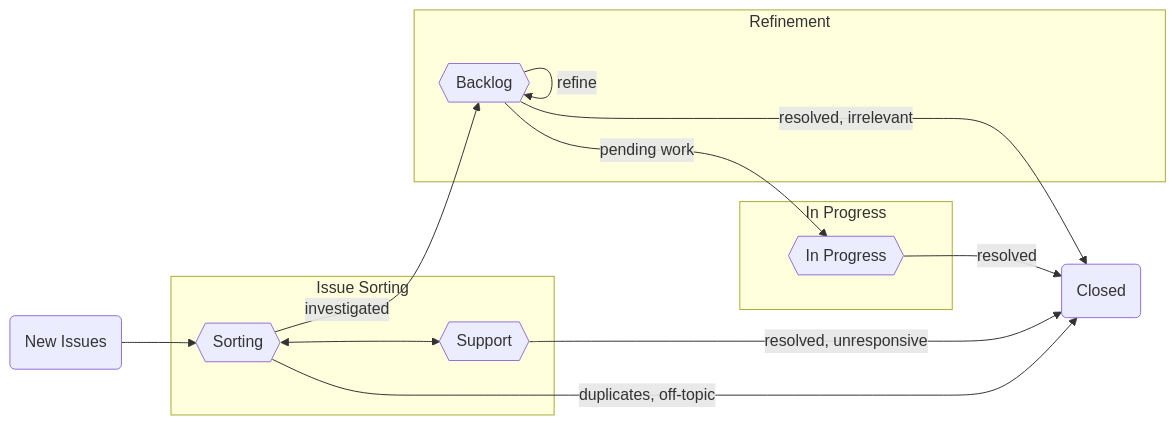
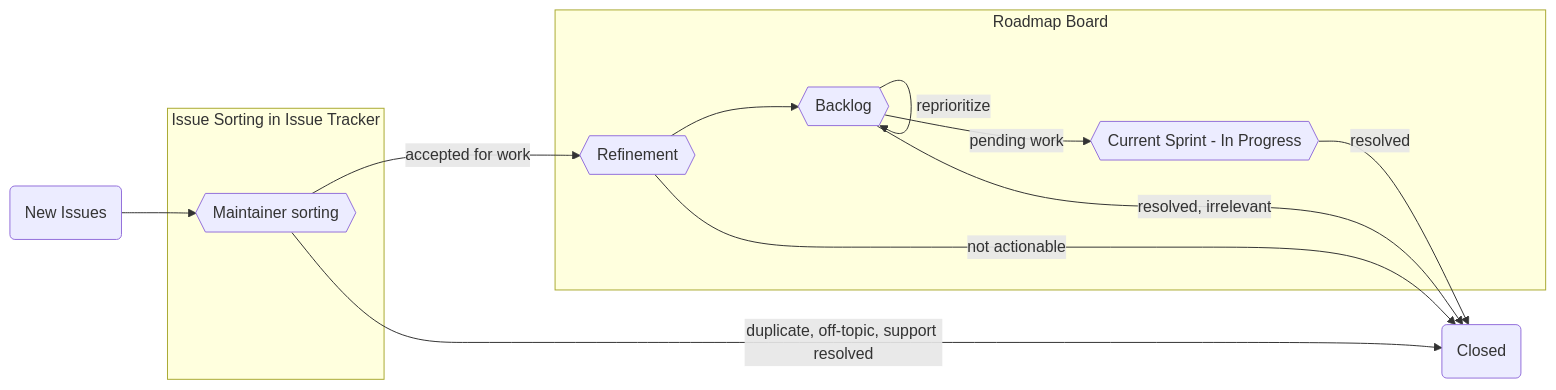
Before and after one commit to conda/conda-build: the diagram in HOW_WE_USE_GITHUB.md, drawn with Mermaid. The commit also changed other lines of this file and 1 other file, not shown here.

````diff
--- a/HOW_WE_USE_GITHUB.md
+++ b/HOW_WE_USE_GITHUB.md
@@ -61,30 +54,26 @@
 ```mermaid
 flowchart LR
-    subgraph flow_sorting [Issue Sorting]
-        board_sorting{{Sorting}}
-        board_support{{Support}}
-
-        board_sorting<-->board_support
+    subgraph flow_sorting [Issue Sorting in Issue Tracker]
+        state_sorting{{Maintainer sorting}}
     end
 
-    subgraph flow_refinement [Refinement]
+    subgraph flow_roadmap [Roadmap Board]
+        board_refinement{{Refinement}}
         board_backlog{{Backlog}}
 
-        board_backlog-- refine -->board_backlog
-    end
-
-    subgraph flow_progress [In Progress]
-        board_progress{{In Progress}}
+        board_refinement-->board_backlog
+        board_backlog-- reprioritize -->board_backlog
+        board_progress{{Current Sprint - In Progress}}
     end
 
     state_new(New Issues)
     state_closed(Closed)
 
-    state_new-->board_sorting
-    board_sorting-- investigated -->board_backlog
-    board_sorting-- duplicates, off-topic -->state_closed
-    board_support-- resolved, unresponsive -->state_closed
+    state_new-->state_sorting
+    state_sorting-- accepted for work -->board_refinement
+    state_sorting-- duplicate, off-topic, support resolved -->state_closed
     board_backlog-- pending work -->board_progress
+    board_refinement-- not actionable -->state_closed
     board_backlog-- resolved, irrelevant -->state_closed
     board_progress-- resolved -->state_closed
 ```
````
